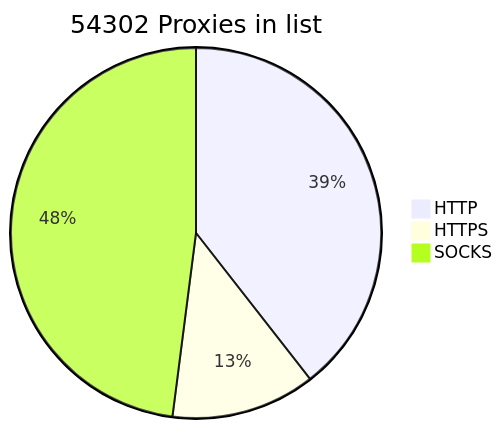
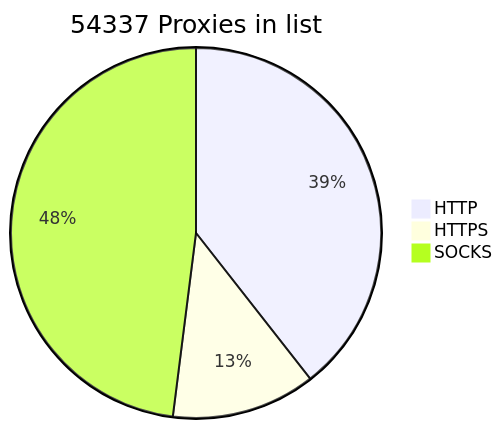
The diagram in README.md (BlackSnowDot/proxylist-update-every-minute), drawn with Mermaid before and after one commit.

````diff
--- a/README.md
+++ b/README.md
@@ -2,6 +2,6 @@
 ```mermaid
-pie title 54302 Proxies in list
+pie title 54337 Proxies in list
     "HTTP" : 23982
     "HTTPS": 7654
-    "SOCKS" : 29166
+    "SOCKS" : 29201
 ```
````
